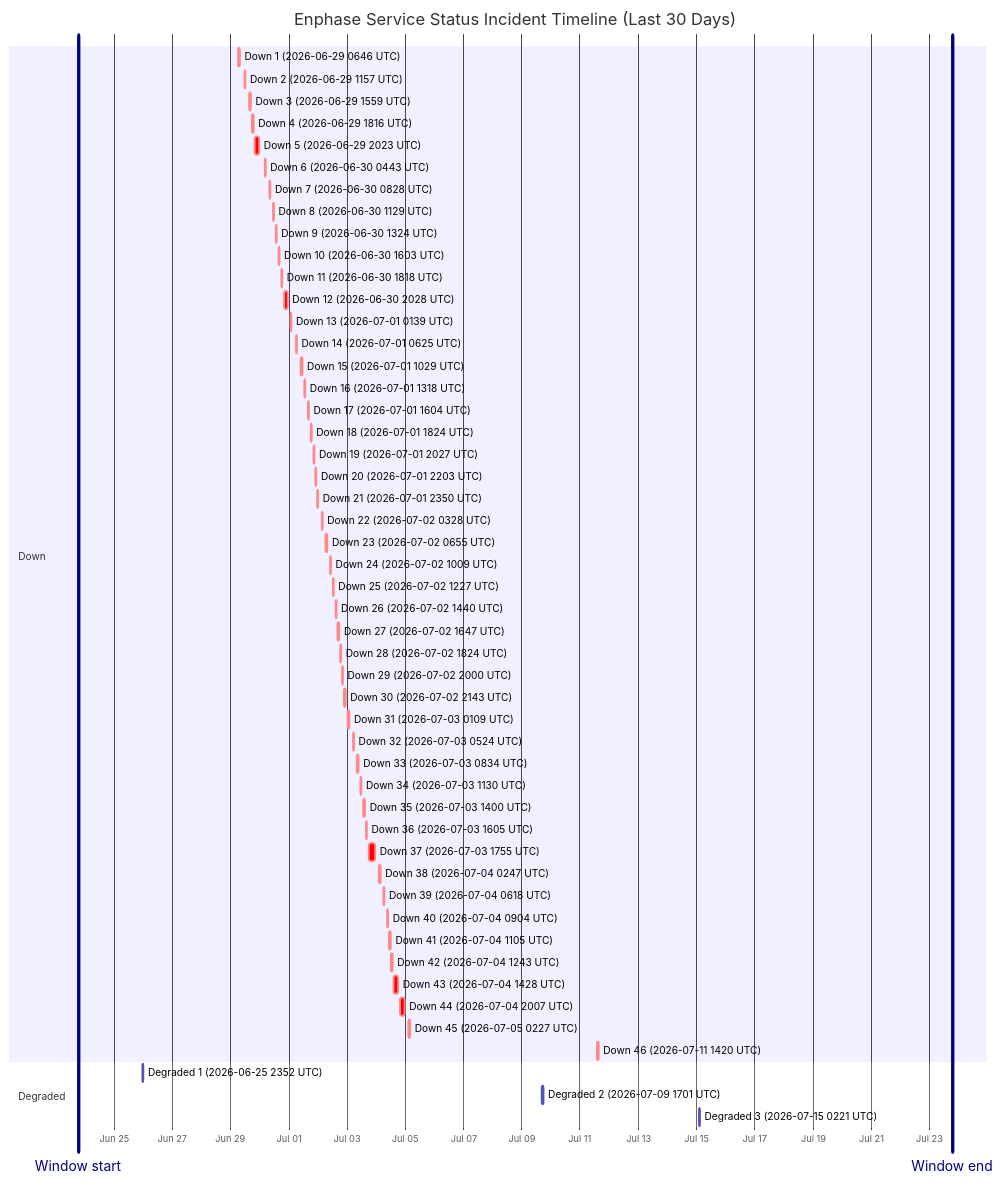
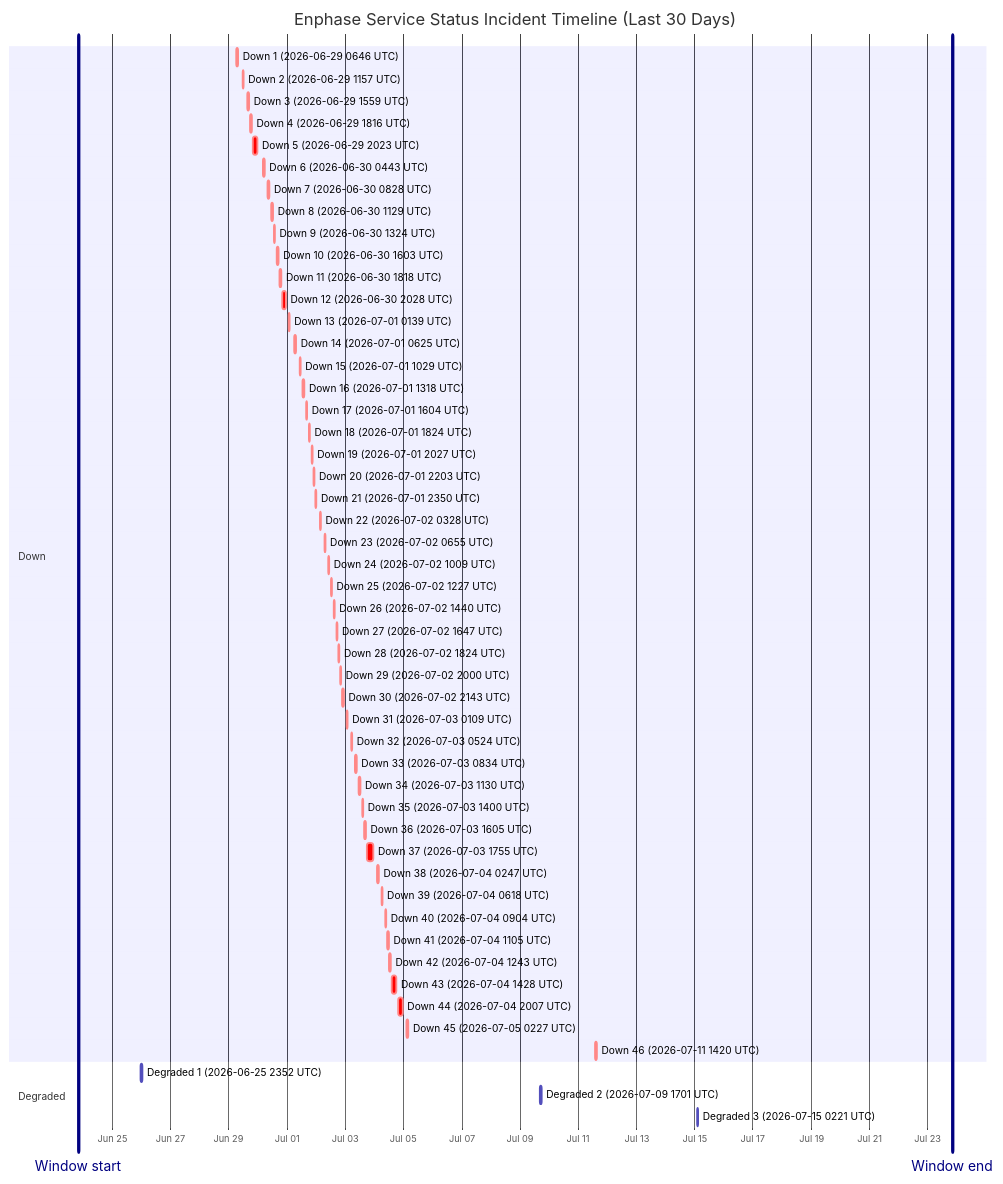
Before and after one commit to barneyonline/ha-enphase-energy: the diagram in wiki/Service-Status-History.md, drawn with Mermaid. The commit also changed other lines of this file and 3 other files, not shown here.

````diff
--- a/wiki/Service-Status-History.md
+++ b/wiki/Service-Status-History.md
@@ -14,59 +14,59 @@
 ```mermaid
 gantt
     title Enphase Service Status Incident Timeline (Last 30 Days)
     dateFormat  YYYY-MM-DDTHH:mm:ss
     axisFormat  %b %d
-    Window start :vert, window-start, 2026-06-23T18:45:12, 0ms
-    Window end :vert, window-end, 2026-07-23T18:45:12, 0ms
+    Window start :vert, window-start, 2026-06-23T20:10:47, 0ms
+    Window end :vert, window-end, 2026-07-23T20:10:47, 0ms
     section Down
     Down 1 (2026-06-29 0646 UTC) :crit, down-1, 2026-06-29T06:46:18, 60m
     Down 2 (2026-06-29 1157 UTC) :crit, down-2, 2026-06-29T11:57:36, 60m
     Down 3 (2026-06-29 1559 UTC) :crit, down-3, 2026-06-29T15:59:02, 60m
     Down 4 (2026-06-29 1816 UTC) :crit, down-4, 2026-06-29T18:16:38, 60m
     Down 5 (2026-06-29 2023 UTC) :crit, down-5, 2026-06-29T20:23:16, 220m
     Down 6 (2026-06-30 0443 UTC) :crit, down-6, 2026-06-30T04:43:54, 60m
     Down 7 (2026-06-30 0828 UTC) :crit, down-7, 2026-06-30T08:28:43, 60m
     Down 8 (2026-06-30 1129 UTC) :crit, down-8, 2026-06-30T11:29:15, 60m
     Down 9 (2026-06-30 1324 UTC) :crit, down-9, 2026-06-30T13:24:25, 60m
     Down 10 (2026-06-30 1603 UTC) :crit, down-10, 2026-06-30T16:03:26, 60m
     Down 11 (2026-06-30 1818 UTC) :crit, down-11, 2026-06-30T18:18:39, 60m
     Down 12 (2026-06-30 2028 UTC) :crit, down-12, 2026-06-30T20:28:54, 171m
     Down 13 (2026-07-01 0139 UTC) :crit, down-13, 2026-07-01T01:39:18, 60m
     Down 14 (2026-07-01 0625 UTC) :crit, down-14, 2026-07-01T06:25:35, 60m
     Down 15 (2026-07-01 1029 UTC) :crit, down-15, 2026-07-01T10:29:24, 60m
     Down 16 (2026-07-01 1318 UTC) :crit, down-16, 2026-07-01T13:18:31, 60m
     Down 17 (2026-07-01 1604 UTC) :crit, down-17, 2026-07-01T16:04:29, 60m
     Down 18 (2026-07-01 1824 UTC) :crit, down-18, 2026-07-01T18:24:21, 60m
     Down 19 (2026-07-01 2027 UTC) :crit, down-19, 2026-07-01T20:27:17, 60m
     Down 20 (2026-07-01 2203 UTC) :crit, down-20, 2026-07-01T22:03:46, 60m
     Down 21 (2026-07-01 2350 UTC) :crit, down-21, 2026-07-01T23:50:52, 60m
     Down 22 (2026-07-02 0328 UTC) :crit, down-22, 2026-07-02T03:28:33, 60m
     Down 23 (2026-07-02 0655 UTC) :crit, down-23, 2026-07-02T06:55:07, 60m
     Down 24 (2026-07-02 1009 UTC) :crit, down-24, 2026-07-02T10:09:15, 60m
     Down 25 (2026-07-02 1227 UTC) :crit, down-25, 2026-07-02T12:27:49, 60m
     Down 26 (2026-07-02 1440 UTC) :crit, down-26, 2026-07-02T14:40:53, 60m
     Down 27 (2026-07-02 1647 UTC) :crit, down-27, 2026-07-02T16:47:47, 60m
     Down 28 (2026-07-02 1824 UTC) :crit, down-28, 2026-07-02T18:24:26, 60m
     Down 29 (2026-07-02 2000 UTC) :crit, down-29, 2026-07-02T20:00:57, 60m
     Down 30 (2026-07-02 2143 UTC) :crit, down-30, 2026-07-02T21:43:52, 80m
     Down 31 (2026-07-03 0109 UTC) :crit, down-31, 2026-07-03T01:09:19, 60m
     Down 32 (2026-07-03 0524 UTC) :crit, down-32, 2026-07-03T05:24:23, 60m
     Down 33 (2026-07-03 0834 UTC) :crit, down-33, 2026-07-03T08:34:05, 60m
     Down 34 (2026-07-03 1130 UTC) :crit, down-34, 2026-07-03T11:30:41, 60m
     Down 35 (2026-07-03 1400 UTC) :crit, down-35, 2026-07-03T14:00:48, 60m
     Down 36 (2026-07-03 1605 UTC) :crit, down-36, 2026-07-03T16:05:49, 60m
     Down 37 (2026-07-03 1755 UTC) :crit, down-37, 2026-07-03T17:55:54, 338m
     Down 38 (2026-07-04 0247 UTC) :crit, down-38, 2026-07-04T02:47:22, 60m
     Down 39 (2026-07-04 0618 UTC) :crit, down-39, 2026-07-04T06:18:09, 60m
     Down 40 (2026-07-04 0904 UTC) :crit, down-40, 2026-07-04T09:04:41, 60m
     Down 41 (2026-07-04 1105 UTC) :crit, down-41, 2026-07-04T11:05:21, 60m
     Down 42 (2026-07-04 1243 UTC) :crit, down-42, 2026-07-04T12:43:25, 60m
     Down 43 (2026-07-04 1428 UTC) :crit, down-43, 2026-07-04T14:28:07, 243m
     Down 44 (2026-07-04 2007 UTC) :crit, down-44, 2026-07-04T20:07:50, 206m
     Down 45 (2026-07-05 0227 UTC) :crit, down-45, 2026-07-05T02:27:32, 109m
     Down 46 (2026-07-11 1420 UTC) :crit, down-46, 2026-07-11T14:20:54, 69m
     section Degraded
     Degraded 1 (2026-06-25 2352 UTC) :active, degraded-1, 2026-06-25T23:52:01, 60m
     Degraded 2 (2026-07-09 1701 UTC) :active, degraded-2, 2026-07-09T17:01:02, 60m
     Degraded 3 (2026-07-15 0221 UTC) :active, degraded-3, 2026-07-15T02:21:35, 60m
 ```
````
